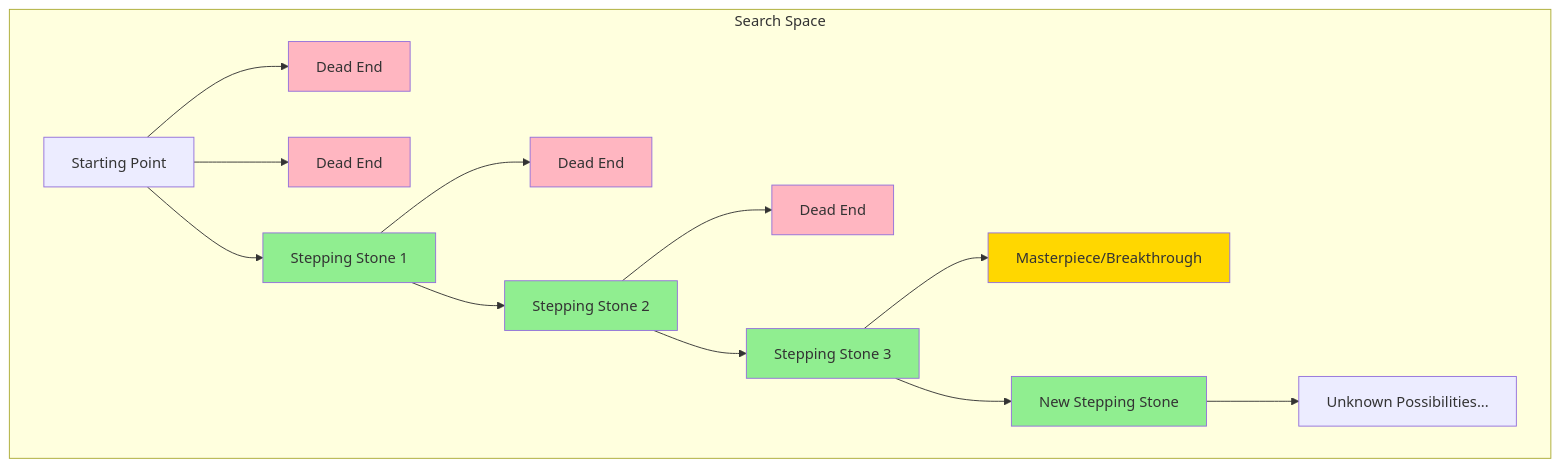
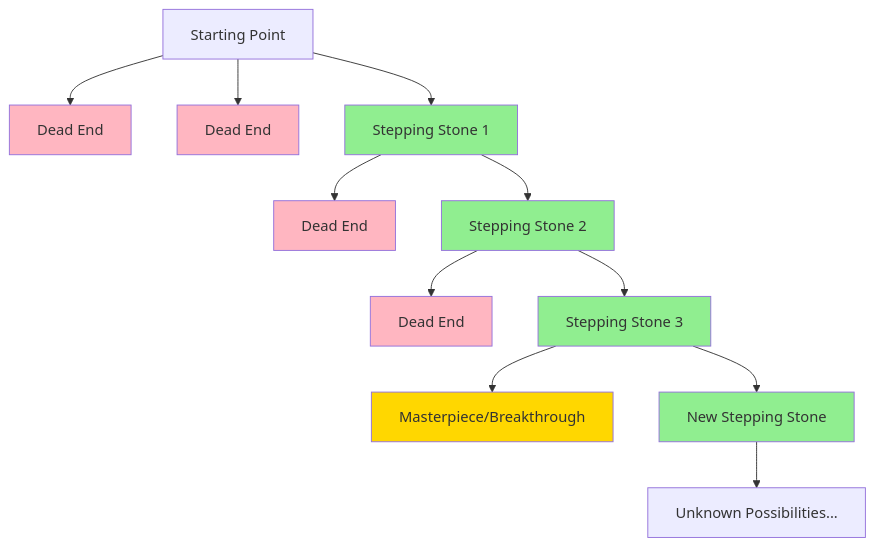
One commit to ImadDabbura/imaddabbura.github.io changed the first of 7 diagrams in books-summaries/why-greatness-cant-be-planned/index.qmd. Above: the diagram before and after it, drawn with Mermaid. The commit also changed 8 other files, not shown here.

Commit message:
chore: Remove subgraph of search space

````diff
--- a/books-summaries/why-greatness-cant-be-planned/index.qmd
+++ b/books-summaries/why-greatness-cant-be-planned/index.qmd
@@ -34,26 +34,24 @@
 ```{mermaid}
 %%| fig-cap: "The Search Space: Most paths lead nowhere, but stepping stones unlock new possibilities"
 flowchart TD
-    subgraph SearchSpace["Search Space"]
-        A[Starting Point] --> B[Dead End]
-        A --> C[Dead End]
-        A --> D[Stepping Stone 1]
-        D --> E[Dead End]
-        D --> F[Stepping Stone 2]
-        F --> G[Dead End]
-        F --> H[Stepping Stone 3]
-        H --> I[Masterpiece/Breakthrough]
-        H --> J[New Stepping Stone]
-        J --> K[Unknown Possibilities...]
-    end
+    A[Starting Point] --> B[Dead End]
+    A --> C[Dead End]
+    A --> D[Stepping Stone 1]
+    D --> E[Dead End]
+    D --> F[Stepping Stone 2]
+    F --> G[Dead End]
+    F --> H[Stepping Stone 3]
+    H --> I[Masterpiece/Breakthrough]
+    H --> J[New Stepping Stone]
+    J --> K[Unknown Possibilities...]
 
     style D fill:#90EE90
     style F fill:#90EE90
     style H fill:#90EE90
     style J fill:#90EE90
     style I fill:#FFD700
     style B fill:#FFB6C1
     style C fill:#FFB6C1
     style E fill:#FFB6C1
     style G fill:#FFB6C1
 ```
````
